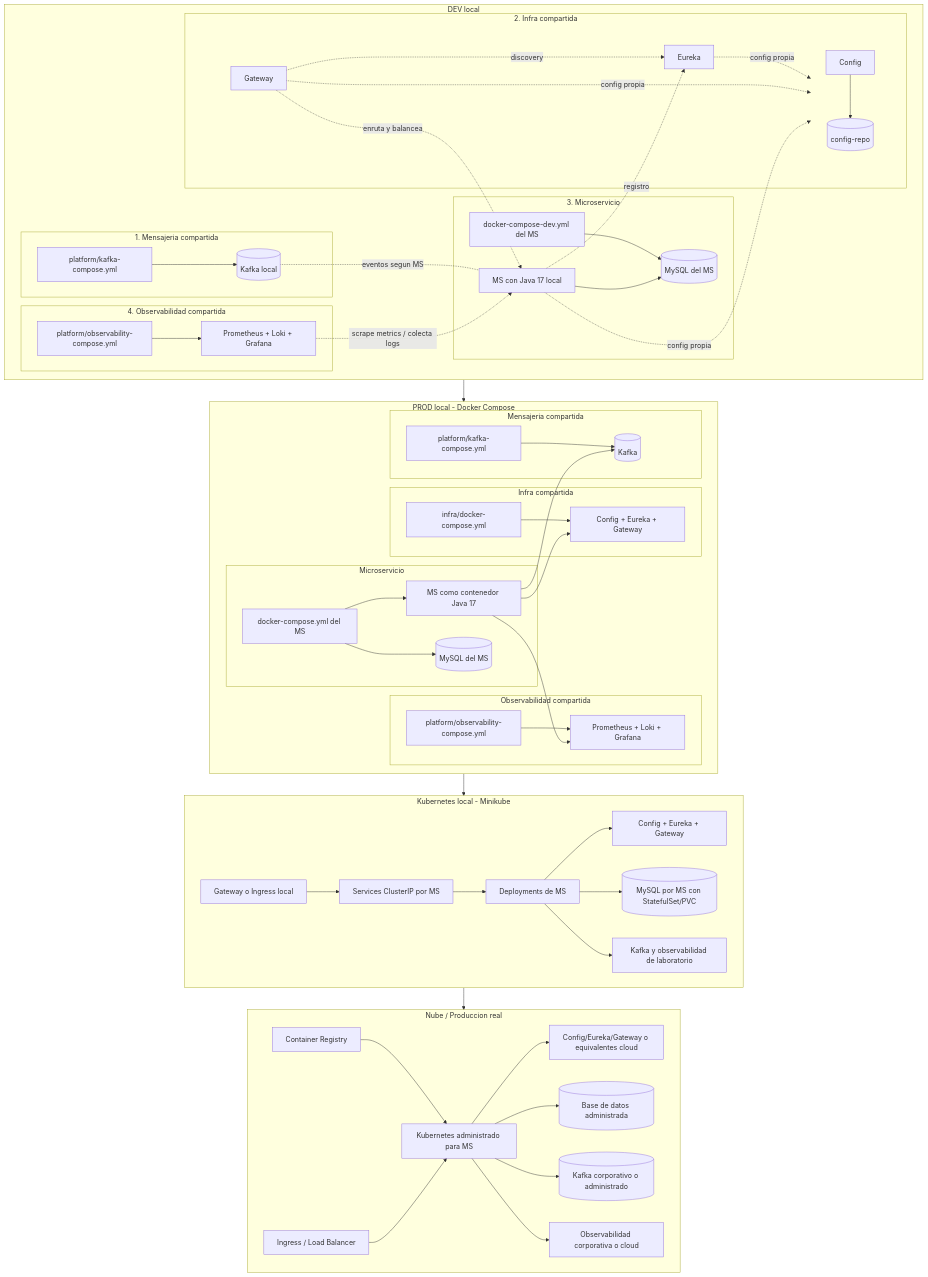
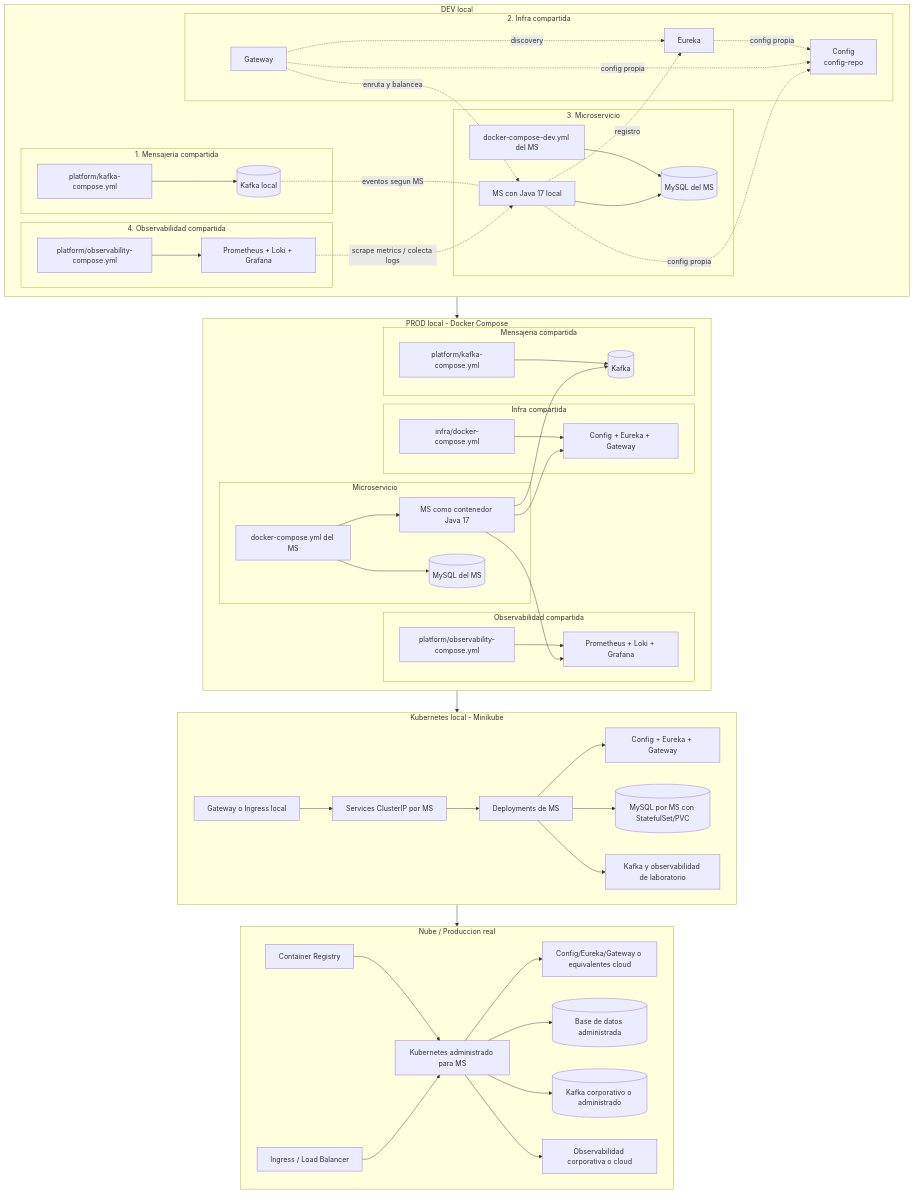
One commit to 262dist/pagatu changed the tenth of 10 diagrams in README.md. Above: the diagram before and after it, drawn with Mermaid.

```diff
--- a/README.md
+++ b/README.md
@@ -566,12 +566,7 @@
         subgraph devInfraBox[2. Infra compartida]
             devgateway[Gateway]
             deveureka[Eureka]
-            subgraph devConfigBox[" "]
-                direction TB
-                devconfig[Config]
-                devconfigrepo[(config-repo)]
-                devconfig --> devconfigrepo
-            end
+            devconfig["Config<br/>config-repo"]
             deveureka -. config propia .-> devconfig
             devgateway -. config propia .-> devconfig
             devgateway -. discovery .-> deveureka
@@ -596,7 +591,6 @@
         devgateway -. enruta y balancea .-> devjava
         devjava --> devmysql
         devobs -. scrape metrics / colecta logs .-> devjava
-        style devConfigBox fill:transparent,stroke:transparent,color:transparent
     end
 
     subgraph compose[PROD local - Docker Compose]
```
